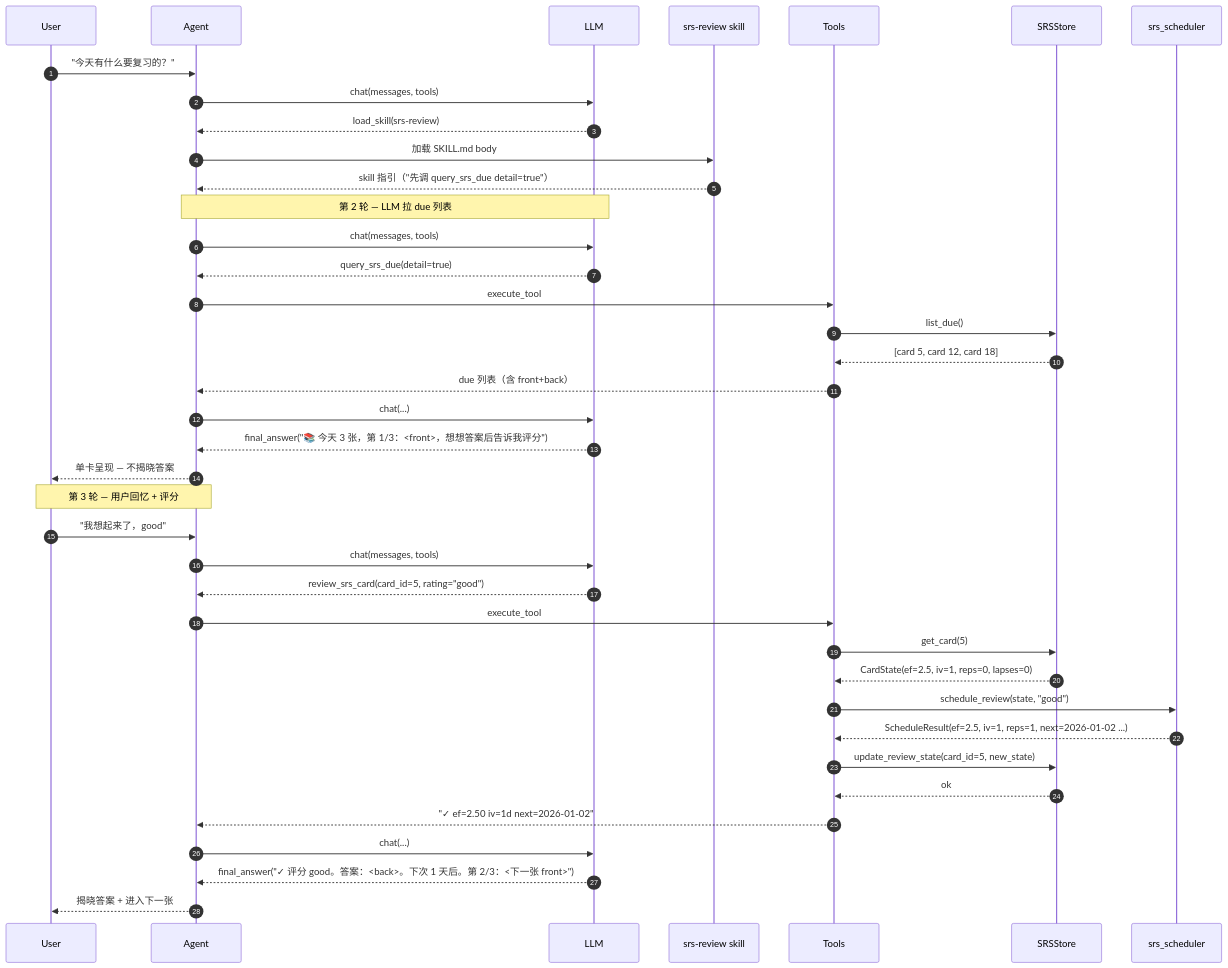
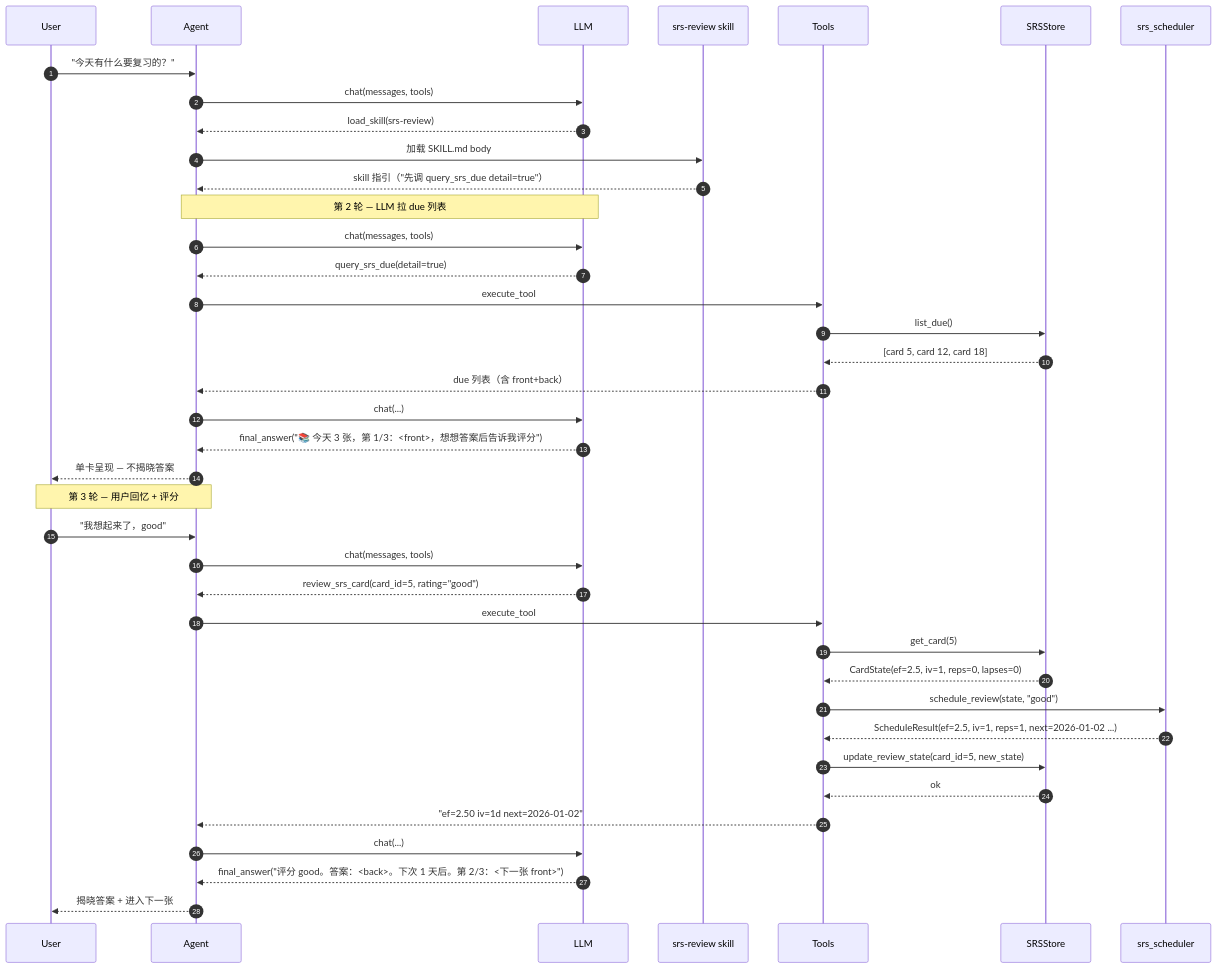
One commit to michaelwangzhenan/AgentA changed diagram 18 of 27 in docs/design.md. Above: the diagram before and after it, drawn with Mermaid. The commit also changed other lines of this file and 14 other files, not shown here.

````diff
--- a/docs/design.md
+++ b/docs/design.md
@@ -938,44 +949,44 @@
 ```mermaid
 sequenceDiagram
     autonumber
     participant U as User
     participant A as Agent
     participant L as LLM
     participant SK as srs-review skill
     participant T as Tools
     participant S as SRSStore
     participant SCH as srs_scheduler
 
     U->>A: "今天有什么要复习的？"
     A->>L: chat(messages, tools)
     L-->>A: load_skill(srs-review)
     A->>SK: 加载 SKILL.md body
     SK-->>A: skill 指引（"先调 query_srs_due detail=true"）
 
     Note over A,L: 第 2 轮 — LLM 拉 due 列表
     A->>L: chat(messages, tools)
     L-->>A: query_srs_due(detail=true)
     A->>T: execute_tool
     T->>S: list_due()
     S-->>T: [card 5, card 12, card 18]
     T-->>A: due 列表（含 front+back）
     A->>L: chat(...)
     L-->>A: final_answer("📚 今天 3 张，第 1/3：<front>，想想答案后告诉我评分")
     A-->>U: 单卡呈现 — 不揭晓答案
 
     Note over U,A: 第 3 轮 — 用户回忆 + 评分
     U->>A: "我想起来了，good"
     A->>L: chat(messages, tools)
     L-->>A: review_srs_card(card_id=5, rating="good")
     A->>T: execute_tool
     T->>S: get_card(5)
     S-->>T: CardState(ef=2.5, iv=1, reps=0, lapses=0)
     T->>SCH: schedule_review(state, "good")
     SCH-->>T: ScheduleResult(ef=2.5, iv=1, reps=1, next=2026-01-02 ...)
     T->>S: update_review_state(card_id=5, new_state)
     S-->>T: ok
-    T-->>A: "✓ ef=2.50 iv=1d next=2026-01-02"
+    T-->>A: "ef=2.50 iv=1d next=2026-01-02"
     A->>L: chat(...)
-    L-->>A: final_answer("✓ 评分 good。答案：<back>。下次 1 天后。第 2/3：<下一张 front>")
+    L-->>A: final_answer("评分 good。答案：<back>。下次 1 天后。第 2/3：<下一张 front>")
     A-->>U: 揭晓答案 + 进入下一张
 ```
````
